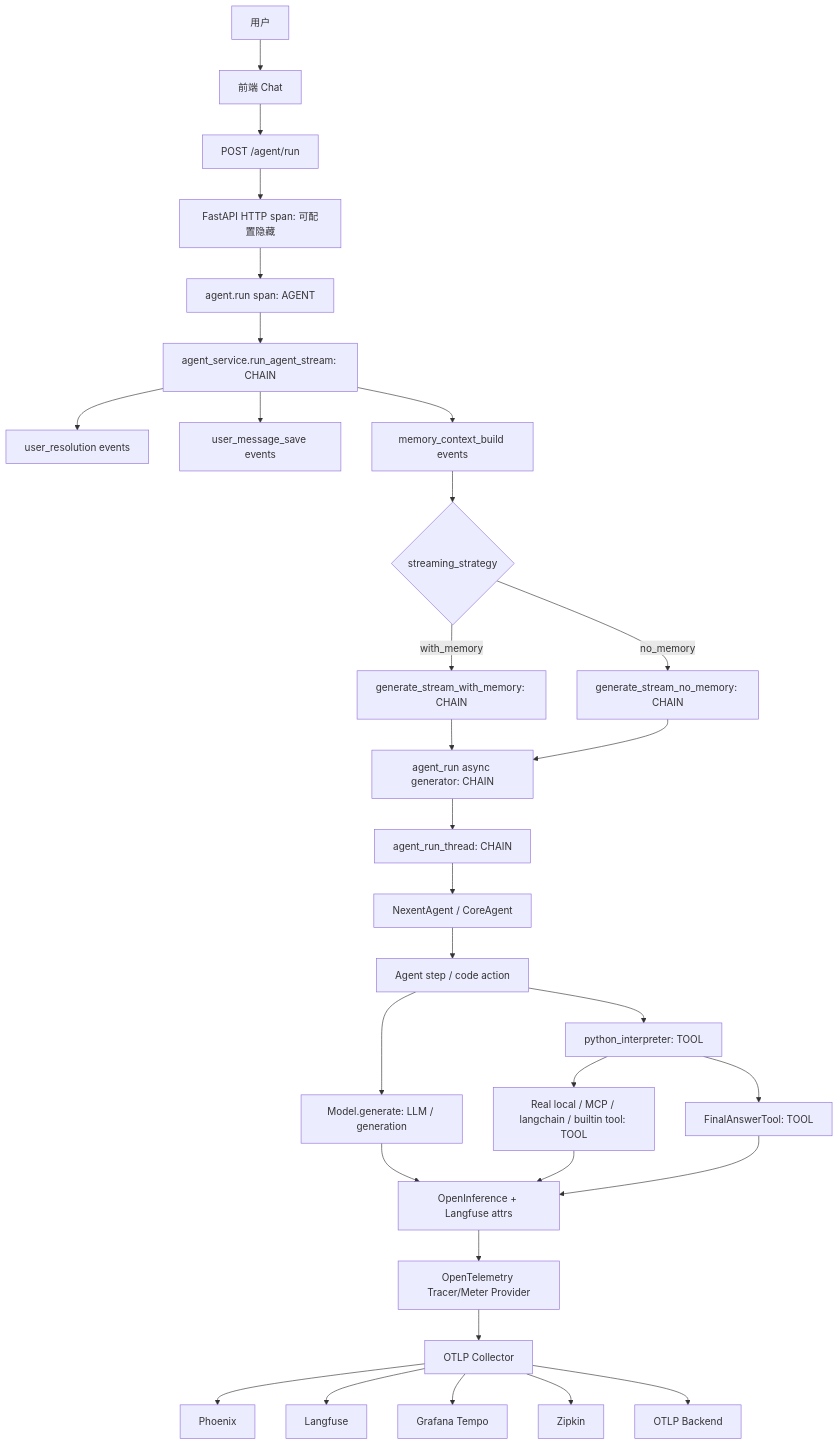
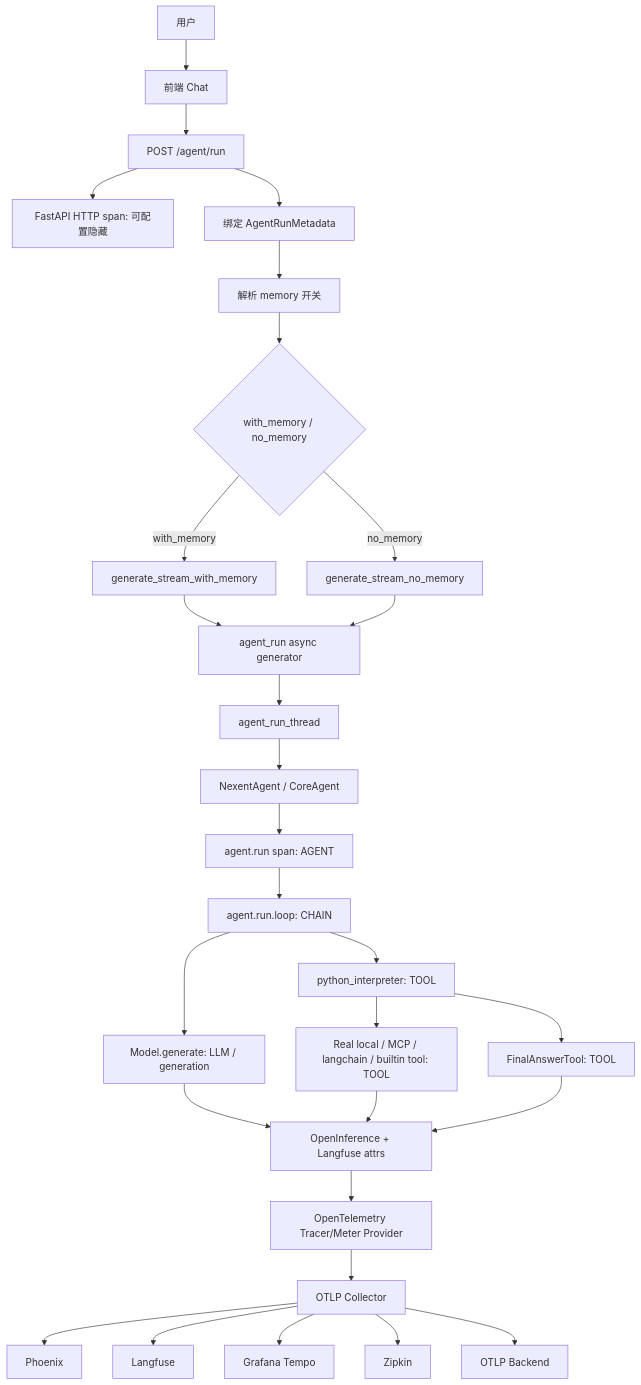
One commit to ModelEngine-Group/nexent changed the third of 4 diagrams in doc/docs/zh/sdk/opentelemetry-design.md. Above: the diagram before and after it, drawn with Mermaid. The commit also changed other lines of this file and 12 other files, not shown here.

````diff
--- a/doc/docs/zh/sdk/opentelemetry-design.md
+++ b/doc/docs/zh/sdk/opentelemetry-design.md
@@ -531,33 +523,31 @@
 ```mermaid
 flowchart TD
   U[用户] --> FE[前端 Chat]
   FE --> API[POST /agent/run]
   API --> HTTP[FastAPI HTTP span: 可配置隐藏]
-  HTTP --> A0[agent.run span: AGENT]
-  A0 --> S1[agent_service.run_agent_stream: CHAIN]
-  S1 --> R[user_resolution events]
-  S1 --> Save[user_message_save events]
-  S1 --> Mem[memory_context_build events]
-  Mem --> Strategy{streaming_strategy}
-  Strategy -->|with_memory| G1[generate_stream_with_memory: CHAIN]
-  Strategy -->|no_memory| G2[generate_stream_no_memory: CHAIN]
-  G1 --> AR[agent_run async generator: CHAIN]
+  API --> Bind[绑定 AgentRunMetadata]
+  Bind --> Mem[解析 memory 开关]
+  Mem --> Strategy{with_memory / no_memory}
+  Strategy -->|with_memory| G1[generate_stream_with_memory]
+  Strategy -->|no_memory| G2[generate_stream_no_memory]
+  G1 --> AR[agent_run async generator]
   G2 --> AR
-  AR --> Thread[agent_run_thread: CHAIN]
+  AR --> Thread[agent_run_thread]
   Thread --> NX[NexentAgent / CoreAgent]
-  NX --> Step[Agent step / code action]
+  NX --> A0[agent.run span: AGENT]
+  A0 --> Step[agent.run.loop: CHAIN]
   Step --> LLM[Model.generate: LLM / generation]
   Step --> PY[python_interpreter: TOOL]
   PY --> Tool[Real local / MCP / langchain / builtin tool: TOOL]
   PY --> Final[FinalAnswerTool: TOOL]
   LLM --> Attr1[OpenInference + Langfuse attrs]
   Tool --> Attr1
   Final --> Attr1
   Attr1 --> OTel[OpenTelemetry Tracer/Meter Provider]
   OTel --> Collector[OTLP Collector]
   Collector --> Phoenix[Phoenix]
   Collector --> Langfuse[Langfuse]
   Collector --> Tempo[Grafana Tempo]
   Collector --> Zipkin[Zipkin]
   Collector --> Other[OTLP Backend]
 ```
````
